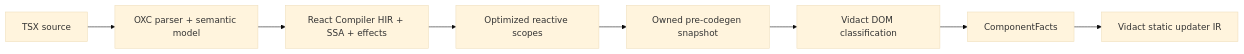
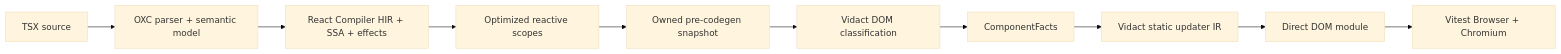
One commit to mohebifar/vidact changed the diagram in docs/spikes/react-compiler-oxc-analysis-spike.md. Above: the diagram before and after it, drawn with Mermaid (base theme). The commit also changed other lines of this file and 15 other files, not shown here.

````diff
--- a/docs/spikes/react-compiler-oxc-analysis-spike.md
+++ b/docs/spikes/react-compiler-oxc-analysis-spike.md
@@ -21,10 +21,12 @@
 ```mermaid
 flowchart LR
     A["TSX source"] --> B["OXC parser + semantic model"]
     B --> C["React Compiler HIR + SSA + effects"]
     C --> D["Optimized reactive scopes"]
     D --> E["Owned pre-codegen snapshot"]
     E --> F["Vidact DOM classification"]
     F --> G["ComponentFacts"]
     G --> H["Vidact static updater IR"]
+    H --> I["Direct DOM module"]
+    I --> J["Vitest Browser + Chromium"]
 ```
````
